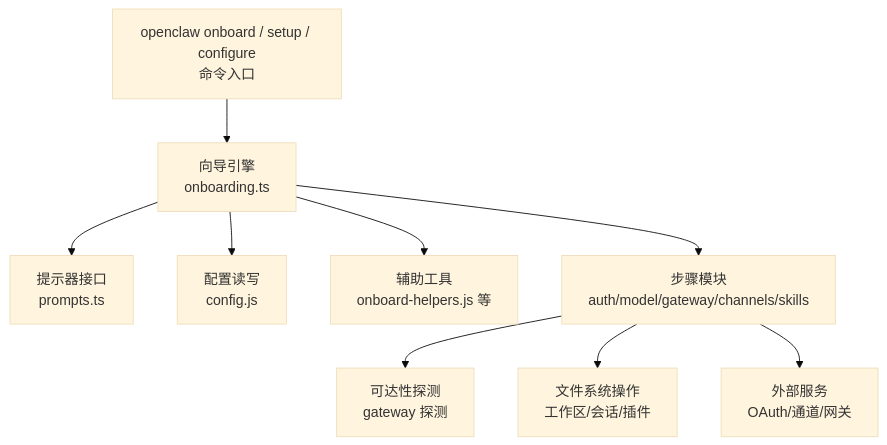
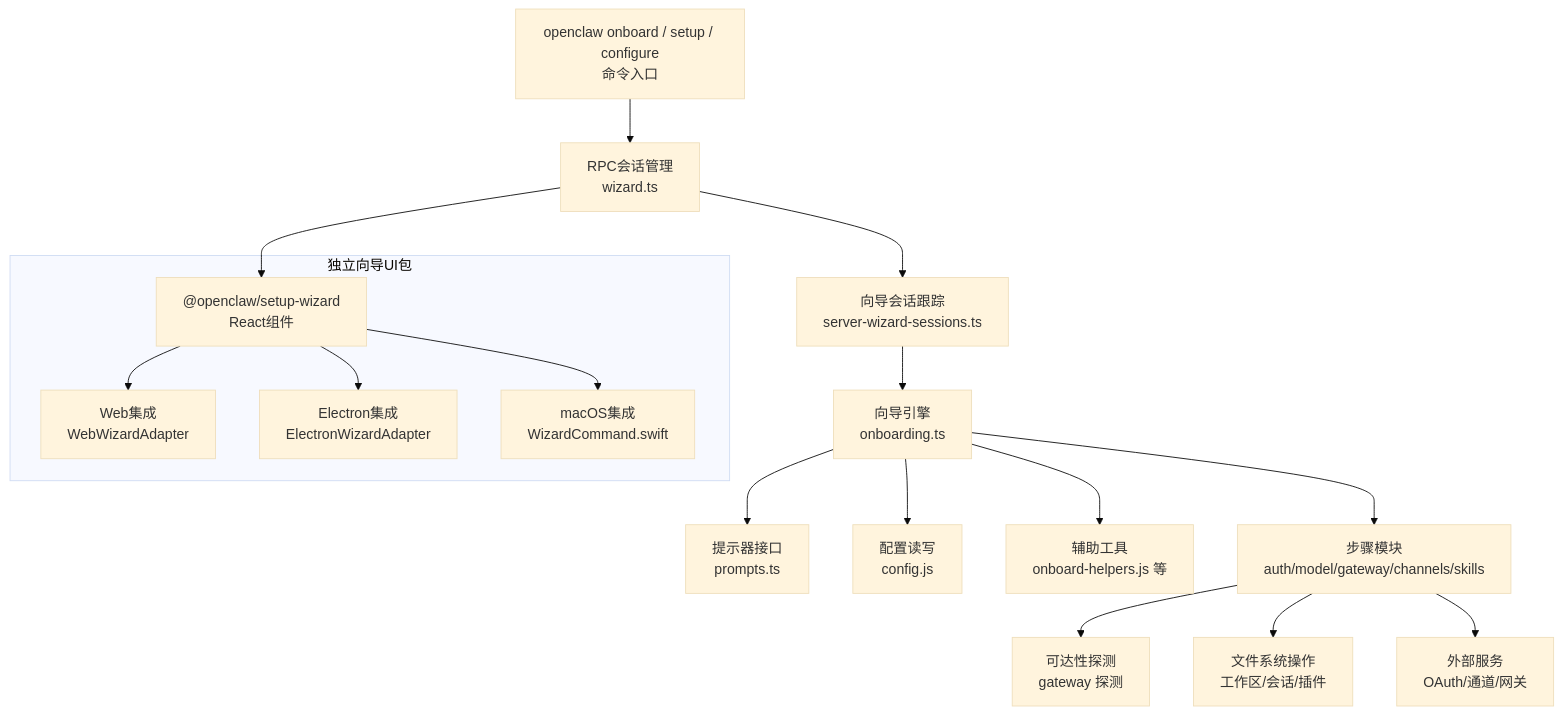
One commit to verse-ai-org/openclaw changed the second of 4 diagrams in .qoder/repowiki/zh/content/向导CLI参考.md. Above: the diagram before and after it, drawn with Mermaid (base theme). The commit also changed other lines of this file and 78 other files, not shown here.

````diff
--- a/.qoder/repowiki/zh/content/向导CLI参考.md
+++ b/.qoder/repowiki/zh/content/向导CLI参考.md
@@ -85,11 +118,20 @@
 ```mermaid
 graph TB
-CLI["openclaw onboard / setup / configure<br/>命令入口"] --> Engine["向导引擎<br/>onboarding.ts"]
+CLI["openclaw onboard / setup / configure<br/>命令入口"] --> RPC["RPC会话管理<br/>wizard.ts"]
+RPC --> Session["向导会话跟踪<br/>server-wizard-sessions.ts"]
+Session --> Engine["向导引擎<br/>onboarding.ts"]
 Engine --> Prompts["提示器接口<br/>prompts.ts"]
 Engine --> Config["配置读写<br/>config.js"]
 Engine --> Helpers["辅助工具<br/>onboard-helpers.js 等"]
 Engine --> Steps["步骤模块<br/>auth/model/gateway/channels/skills"]
 Steps --> Probe["可达性探测<br/>gateway 探测"]
 Steps --> FS["文件系统操作<br/>工作区/会话/插件"]
 Steps --> External["外部服务<br/>OAuth/通道/网关"]
+subgraph "独立向导UI包"
+UI["@openclaw/setup-wizard<br/>React组件"]
+UI --> Web["Web集成<br/>WebWizardAdapter"]
+UI --> Electron["Electron集成<br/>ElectronWizardAdapter"]
+UI --> Mac["macOS集成<br/>WizardCommand.swift"]
+end
+RPC --> UI
 ```
````
